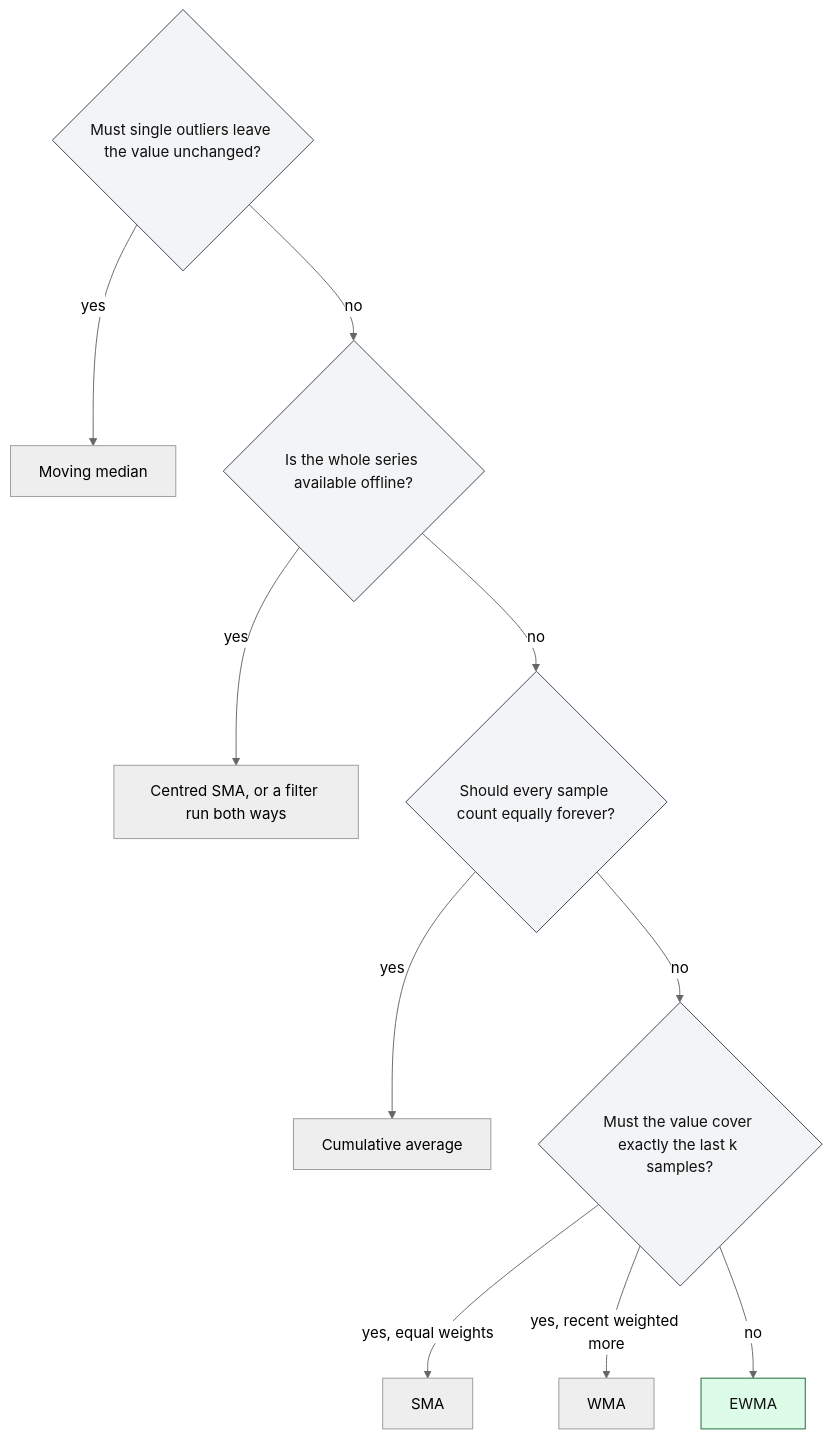
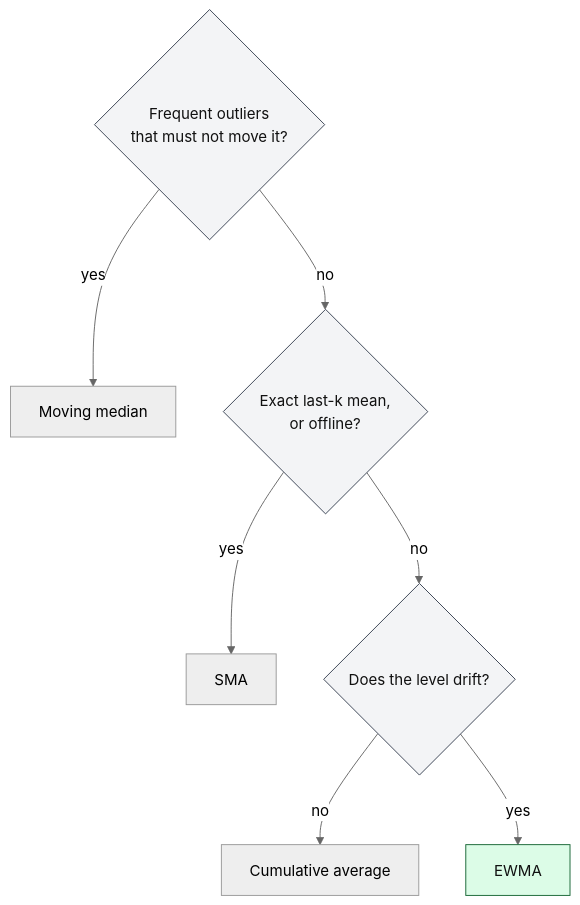
One commit to mengjiasun1992/sllmwiki-demo changed the diagram in sllmwiki/narratives/when-should-software-use-an-ewma-instead-of-other-moving-averages.md. Above: the diagram before and after it, drawn with Mermaid (neutral theme). The commit also changed other lines of this file and 8 other files, not shown here.

````diff
--- a/sllmwiki/narratives/when-should-software-use-an-ewma-instead-of-other-moving-averages.md
+++ b/sllmwiki/narratives/when-should-software-use-an-ewma-instead-of-other-moving-averages.md
@@ -69,16 +76,13 @@
 ```mermaid
 flowchart TD
-    Q1{"Must single outliers leave the value unchanged?"} -->|yes| MED["Moving median"]
-    Q1 -->|no| Q2{"Is the whole series available offline?"}
-    Q2 -->|yes| SMA1["Centred SMA, or a filter run both ways"]
-    Q2 -->|no| Q3{"Should every sample count equally forever?"}
-    Q3 -->|yes| CA["Cumulative average"]
-    Q3 -->|no| Q4{"Must the value cover exactly the last k samples?"}
-    Q4 -->|"yes, equal weights"| SMA2["SMA"]
-    Q4 -->|"yes, recent weighted more"| WMA["WMA"]
-    Q4 -->|no| EWMA["EWMA"]
+    Q1{"Frequent outliers<br/>that must not move it?"} -->|yes| MED["Moving median"]
+    Q1 -->|no| Q2{"Exact last-k mean,<br/>or offline?"}
+    Q2 -->|yes| SMA["SMA"]
+    Q2 -->|no| Q3{"Does the level drift?"}
+    Q3 -->|no| CA["Cumulative average"]
+    Q3 -->|yes| EWMA["EWMA"]
     classDef pick fill:#dcfce7,stroke:#166534,color:#111111
     classDef q fill:#f3f4f6,stroke:#374151,color:#111111
     class EWMA pick
-    class Q1,Q2,Q3,Q4 q
+    class Q1,Q2,Q3 q
 ```
````
